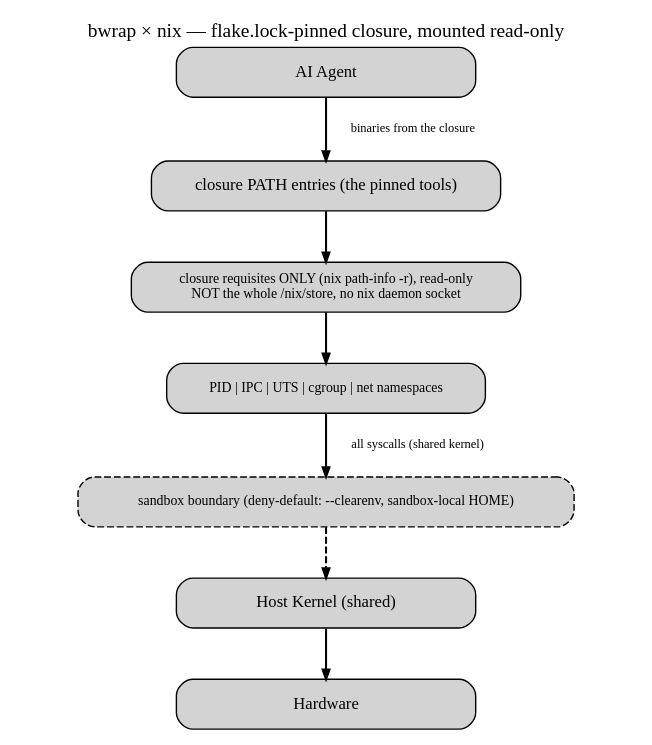
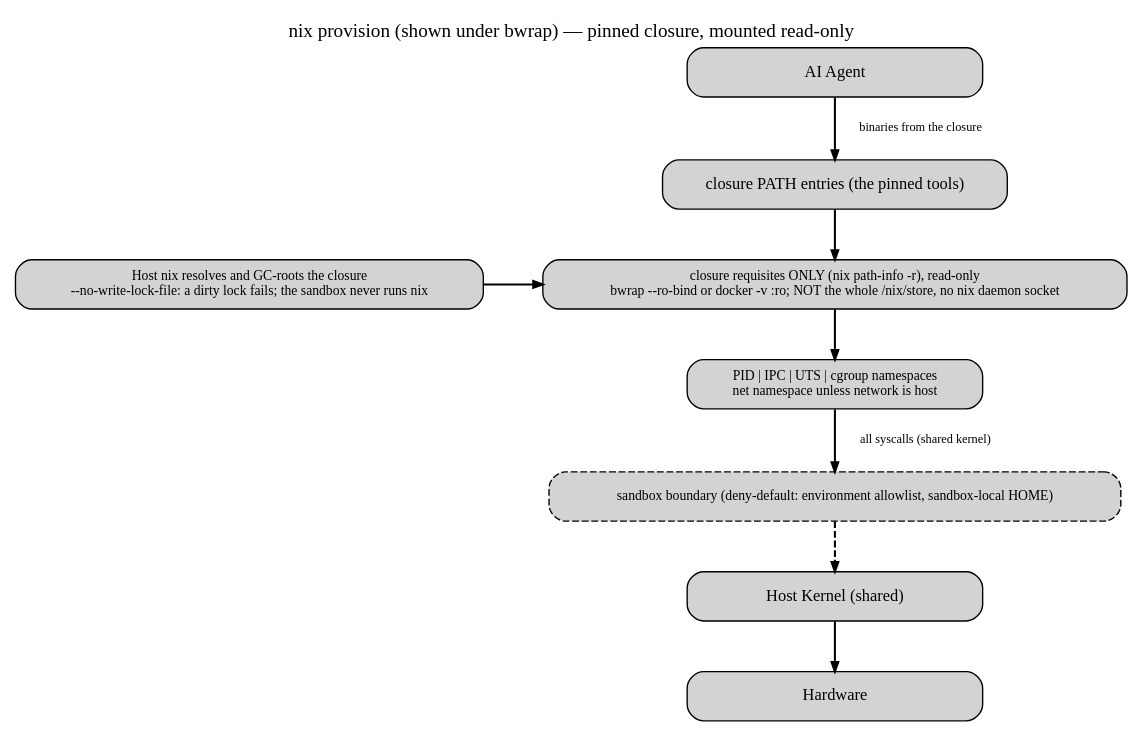
One commit to xonovex/platform changed the diagram in packages/asset/asset-diagrams/04-nix.dot. Above: the diagram before and after it, drawn with Graphviz. The commit also changed 27 other files, not shown here.

Commit message:
docs(asset-diagrams): correct the sandbox diagrams against the code and add seatbelt, docker-sandboxes and openshell

```diff
--- a/packages/asset/asset-diagrams/04-nix.dot
+++ b/packages/asset/asset-diagrams/04-nix.dot
@@ -1,29 +1,33 @@
 digraph Nix {
   rankdir=TB;
   splines=false;
   nodesep=0.3;
   ranksep=0.5;
   margin=0.3;
 
   node [shape=box, style="rounded,filled", fontsize=12, width=3, height=0.5];
   edge [fontsize=9, penwidth=1.5, arrowsize=0.7];
 
-  label="bwrap × nix — flake.lock-pinned closure, mounted read-only";
+  label="nix provision (shown under bwrap) — pinned closure, mounted read-only";
   labelloc=t;
   fontsize=14;
 
   agent [label="AI Agent", role="actor"];
   env [label="closure PATH entries (the pinned tools)"];
-  store [label="closure requisites ONLY (nix path-info -r), read-only\nNOT the whole /nix/store, no nix daemon socket", fontsize=10];
-  ns [label="PID | IPC | UTS | cgroup | net namespaces", fontsize=10];
-  sb [label="sandbox boundary (deny-default: --clearenv, sandbox-local HOME)", role="risk", style="rounded,filled,dashed", fontsize=10];
+  store [label="closure requisites ONLY (nix path-info -r), read-only\nbwrap --ro-bind or docker -v :ro; NOT the whole /nix/store, no nix daemon socket", fontsize=10];
+  resolve [label="Host nix resolves and GC-roots the closure\n--no-write-lock-file: a dirty lock fails; the sandbox never runs nix", role="note", fontsize=10];
+  ns [label="PID | IPC | UTS | cgroup namespaces\nnet namespace unless network is host", fontsize=10];
+  sb [label="sandbox boundary (deny-default: environment allowlist, sandbox-local HOME)", role="risk", style="rounded,filled,dashed", fontsize=10];
   kernel [label="Host Kernel (shared)", role="strong"];
   hw [label="Hardware", role="panel"];
 
   agent -> env [label="  binaries from the closure"];
   env -> store;
   store -> ns;
   ns -> sb [label="  all syscalls (shared kernel)"];
   sb -> kernel [role="risk", style=dashed];
   kernel -> hw;
+
+  { rank=same; store; resolve; }
+  resolve -> store;
 }
```
